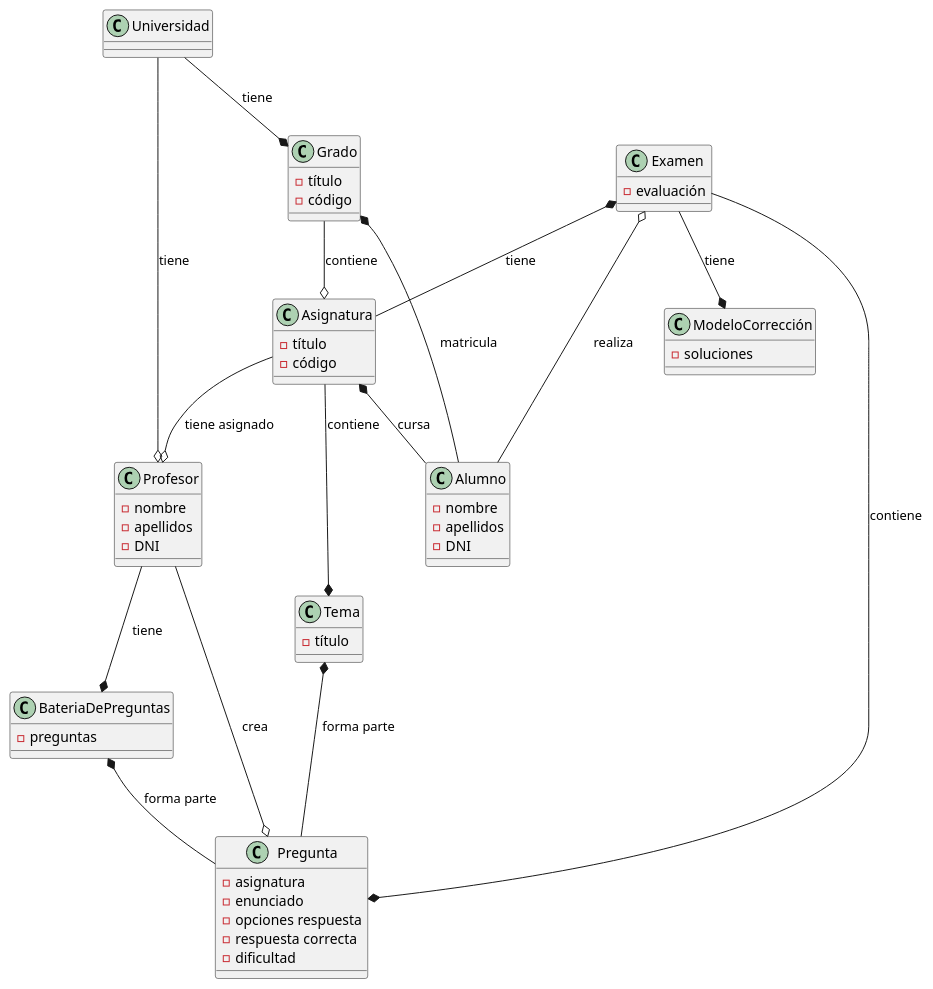
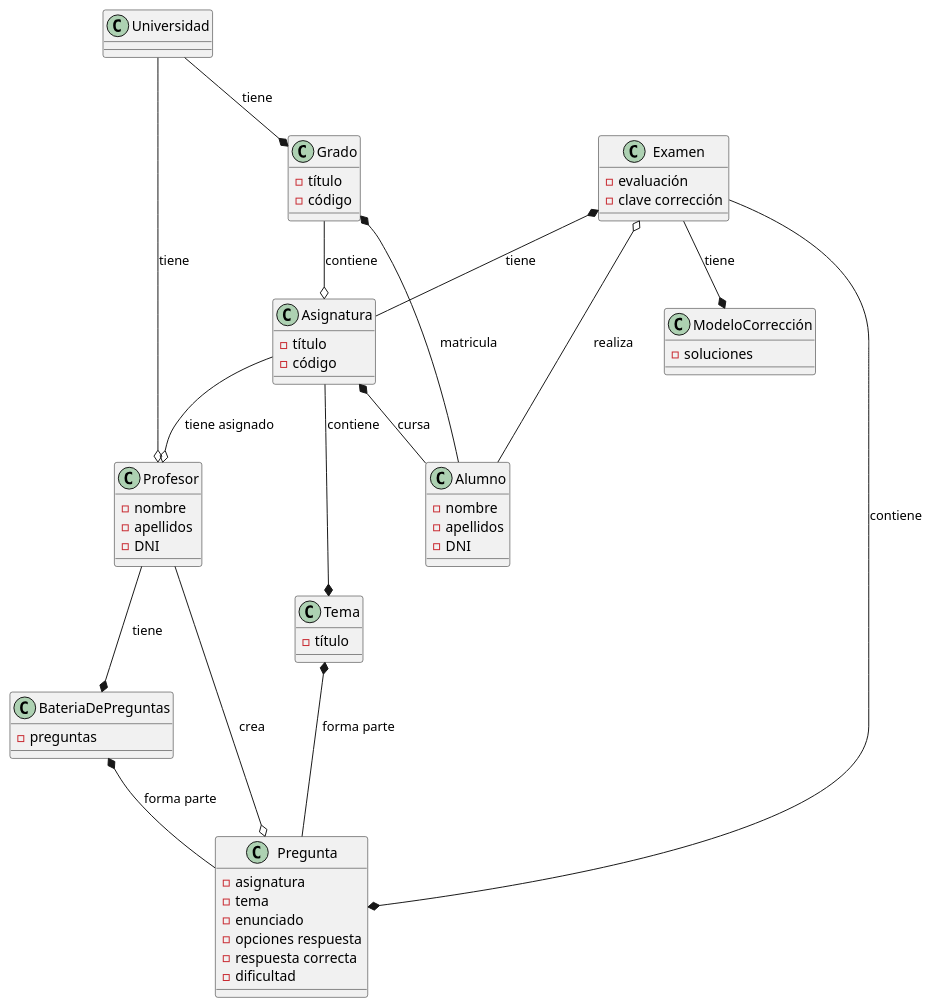
One commit to martinlopez7/25-26-IdSw1-SdR changed the diagram in documents/modelos/diagramas/diagramaEntidad/diagramaEntidad.puml. Above: the diagram before and after it, drawn with PlantUML. The commit also changed 1 other file, not shown here.

Commit message:
feat(mdd): añade atributo "clave corrección" a Examen , "tema" a Pregunta y actualiza el svg del diagrama [refs #16]

```diff
--- a/documents/modelos/diagramas/diagramaEntidad/diagramaEntidad.puml
+++ b/documents/modelos/diagramas/diagramaEntidad/diagramaEntidad.puml
@@ -1,57 +1,59 @@
 @startuml
 
 class Examen{
  - evaluación
+ - clave corrección
 }
 class Asignatura{
  - título
  - código
 }
 class Tema{
  - título
 }
 class Pregunta{
  - asignatura
+ - tema
  - enunciado
  - opciones respuesta
  - respuesta correcta
  - dificultad
 }
 class BateriaDePreguntas{
  - preguntas
 }
 class ModeloCorrección{
  - soluciones
 }
 class Grado{
  - título
  - código
 }
 class Universidad
 class Profesor{
  - nombre
  - apellidos
  - DNI
 }
 class Alumno{
  - nombre
  - apellidos
  - DNI
 }
 
 Universidad --* Grado : tiene
 Universidad --o Profesor : tiene
 Grado *-- Alumno : matricula
 Grado --o Asignatura : contiene
 Asignatura --o Profesor : tiene asignado
 Asignatura *-- Alumno : cursa
 Examen *-- Asignatura : tiene
 Examen --* Pregunta : contiene
 Asignatura --* Tema : contiene
 Tema *-- Pregunta : forma parte
 Alumno --o Examen : realiza
 BateriaDePreguntas *-- Pregunta : forma parte
 Examen --* ModeloCorrección : tiene
 Profesor --* BateriaDePreguntas : tiene
 Profesor --o Pregunta : crea
 @enduml
```
